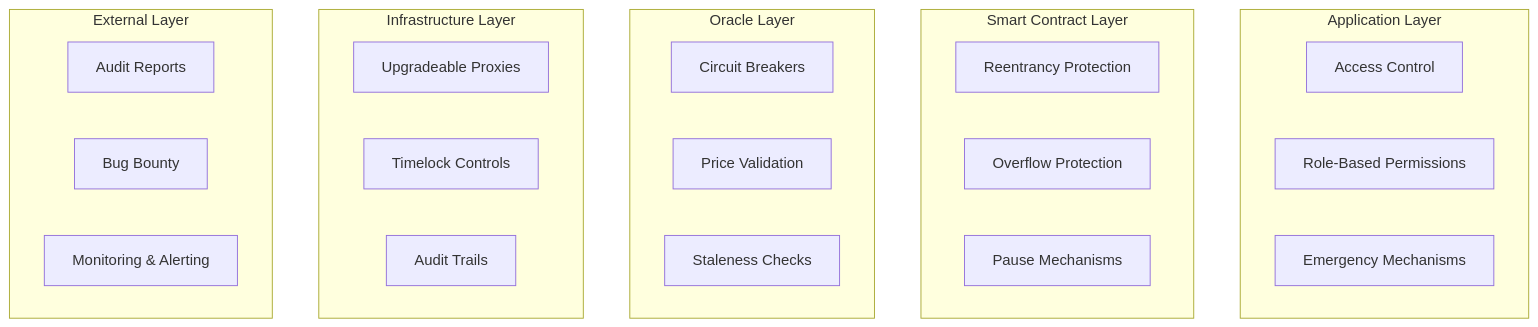
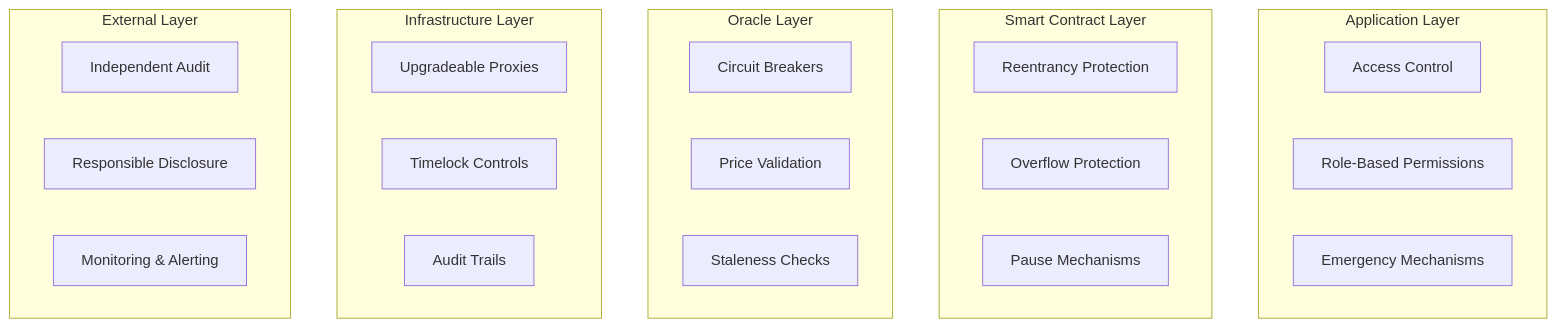
The diagram in quantillon-protocol/docs/Security.md (Quantillon-Labs/smart-contracts), drawn with Mermaid before and after one commit. The commit also changed other lines of this file, not shown here.

First line of the commit message:
docs(security): governance split, disclosure process, real errors and health check

````diff
--- a/quantillon-protocol/docs/Security.md
+++ b/quantillon-protocol/docs/Security.md
@@ -13,32 +13,32 @@
 ```mermaid
 graph TB
     subgraph "Application Layer"
         AC[Access Control]
         RB[Role-Based Permissions]
         EM[Emergency Mechanisms]
     end
     
     subgraph "Smart Contract Layer"
         RP[Reentrancy Protection]
         OV[Overflow Protection]
         PA[Pause Mechanisms]
     end
     
     subgraph "Oracle Layer"
         CB[Circuit Breakers]
         PV[Price Validation]
         SF[Staleness Checks]
     end
     
     subgraph "Infrastructure Layer"
         UP[Upgradeable Proxies]
         TL[Timelock Controls]
         AU[Audit Trails]
     end
     
     subgraph "External Layer"
-        AE[Audit Reports]
-        BB[Bug Bounty]
+        AE[Independent Audit]
+        BB[Responsible Disclosure]
         MC[Monitoring & Alerting]
     end
 ```
````
